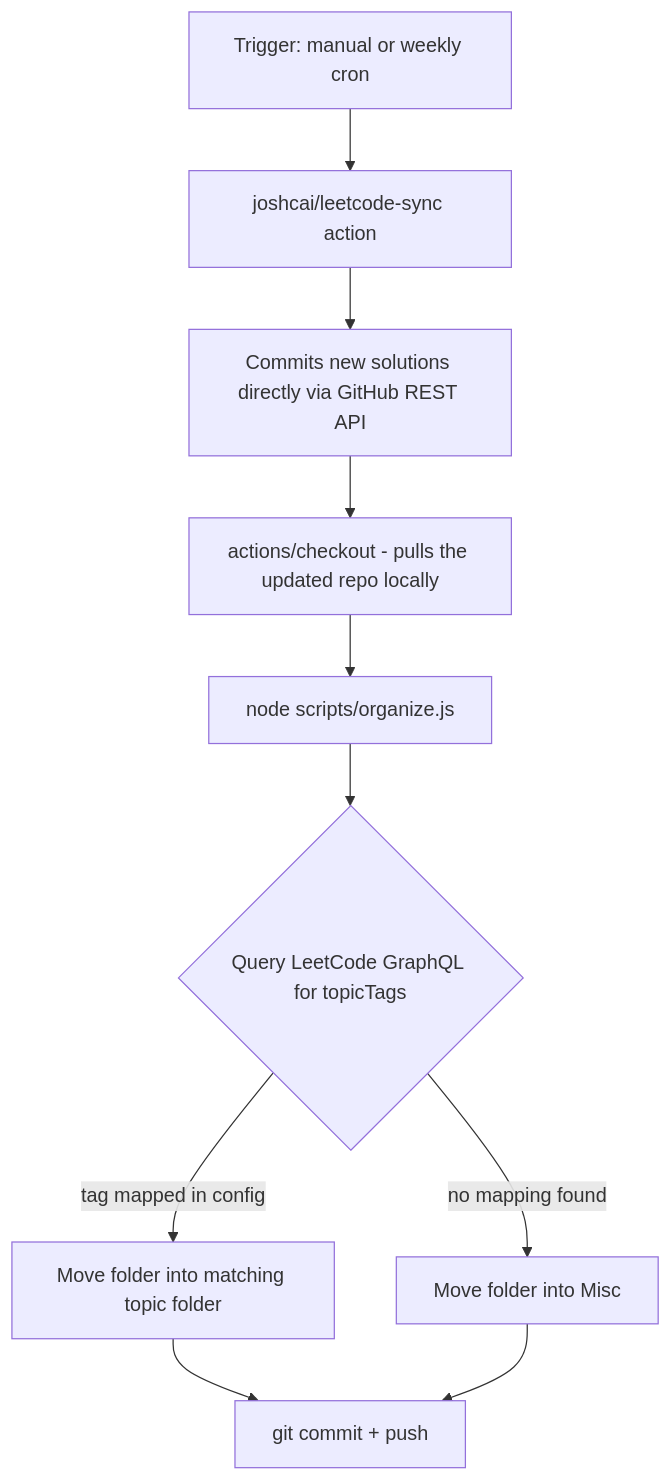
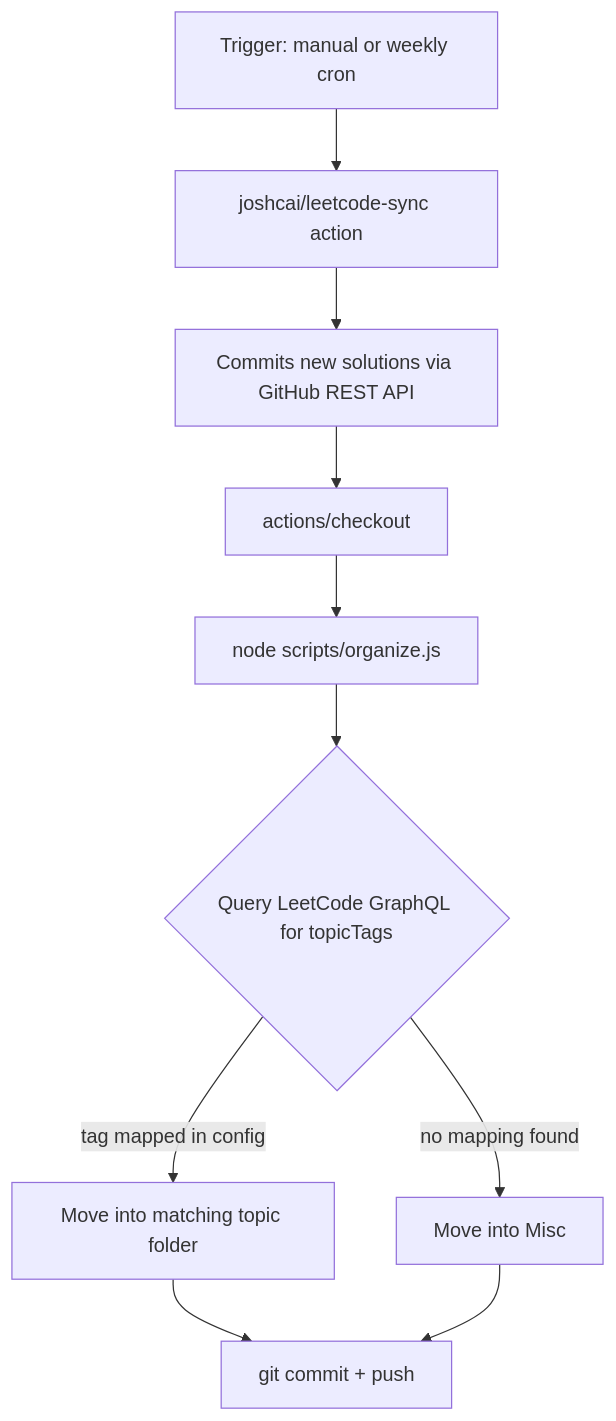
One commit to isSubham/leetcode-journey changed the diagram in README.md. Above: the diagram before and after it, drawn with Mermaid. The commit also changed other lines of this file and 1 other file, not shown here.

````diff
--- a/README.md
+++ b/README.md
@@ -22,12 +22,12 @@
 ```mermaid
 flowchart TD
     A[Trigger: manual or weekly cron] --> B[joshcai/leetcode-sync action]
-    B --> C[Commits new solutions directly via GitHub REST API]
-    C --> D[actions/checkout - pulls the updated repo locally]
+    B --> C[Commits new solutions via GitHub REST API]
+    C --> D[actions/checkout]
     D --> E[node scripts/organize.js]
     E --> F{Query LeetCode GraphQL for topicTags}
-    F -->|tag mapped in config| G[Move folder into matching topic folder]
-    F -->|no mapping found| H[Move folder into Misc]
+    F -->|tag mapped in config| G[Move into matching topic folder]
+    F -->|no mapping found| H[Move into Misc]
     G --> I[git commit + push]
     H --> I
 ```
````
